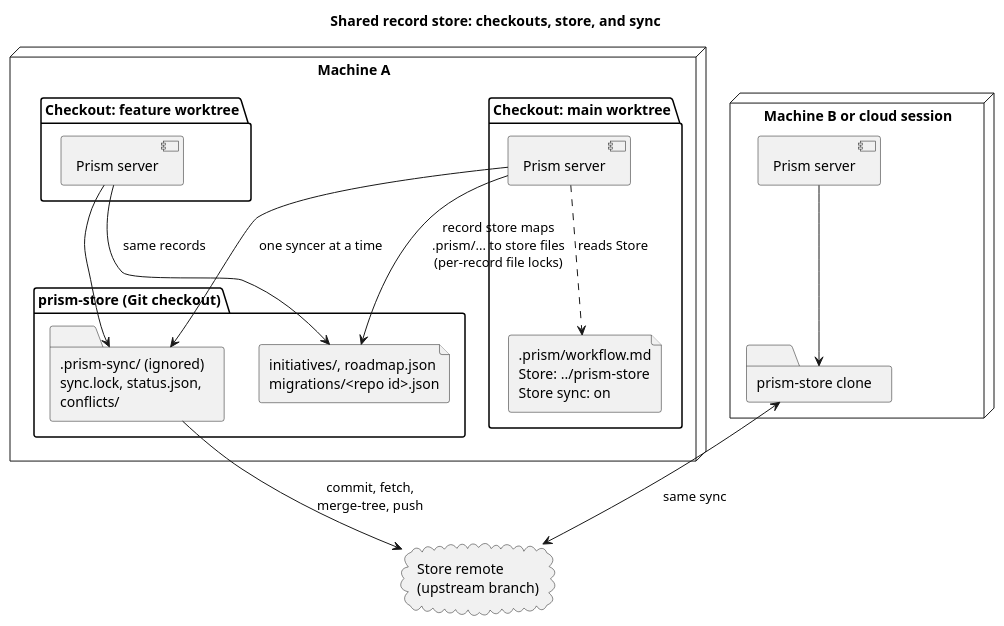
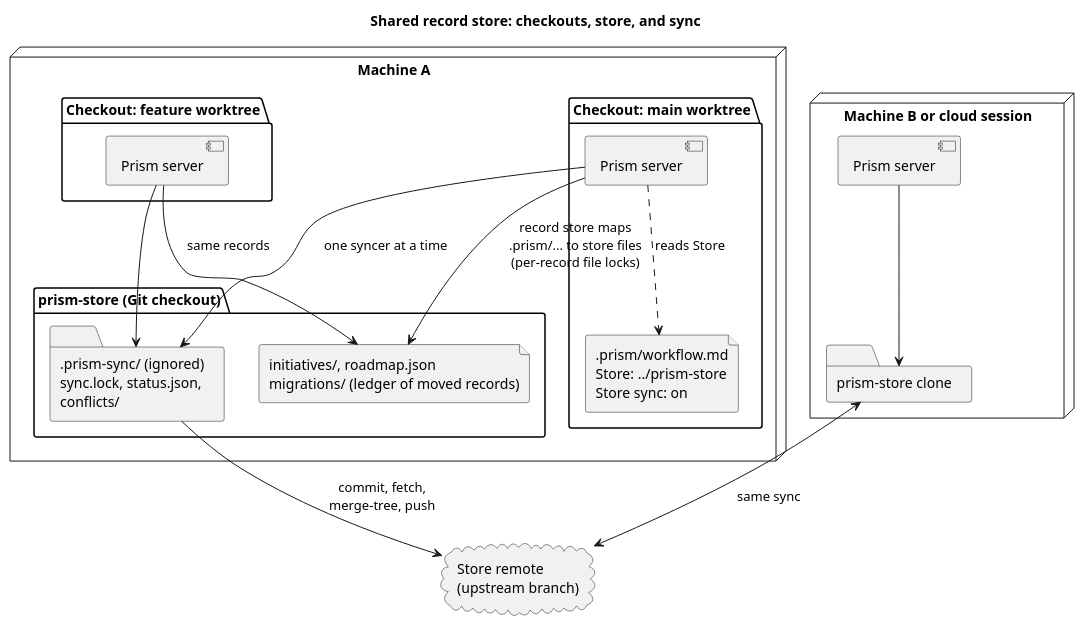
One commit to RumyantsevMichael/Prism changed the diagram in docs/ADRs/workflow-records/record-store-architecture.puml. Above: the diagram before and after it, drawn with PlantUML. The commit also changed 9 other files, not shown here.

```diff
--- a/docs/ADRs/workflow-records/record-store-architecture.puml
+++ b/docs/ADRs/workflow-records/record-store-architecture.puml
@@ -1,33 +1,33 @@
 @startuml
 title Shared record store: checkouts, store, and sync
 
 node "Machine A" {
   package "Checkout: main worktree" as A1 {
     component "Prism server" as S1
     file ".prism/workflow.md\nStore: ../prism-store\nStore sync: on" as C1
   }
   package "Checkout: feature worktree" as A2 {
     component "Prism server" as S2
   }
   folder "prism-store (Git checkout)" as ST {
-    file "initiatives/, roadmap.json\nmigrations/<repo id>.json" as REC
+    file "initiatives/, roadmap.json\nmigrations/ (ledger of moved records)" as REC
     folder ".prism-sync/ (ignored)\nsync.lock, status.json,\nconflicts/" as SYNC
   }
 }
 
 node "Machine B or cloud session" {
   component "Prism server" as S3
   folder "prism-store clone" as ST2
 }
 
 cloud "Store remote\n(upstream branch)" as R
 
 S1 ..> C1 : reads Store
 S1 --> REC : record store maps\n.prism/... to store files\n(per-record file locks)
 S2 --> REC : same records
 S1 --> SYNC : one syncer at a time
 S2 --> SYNC
 SYNC --> R : commit, fetch,\nmerge-tree, push
 S3 --> ST2
 ST2 <--> R : same sync
 @enduml
```
